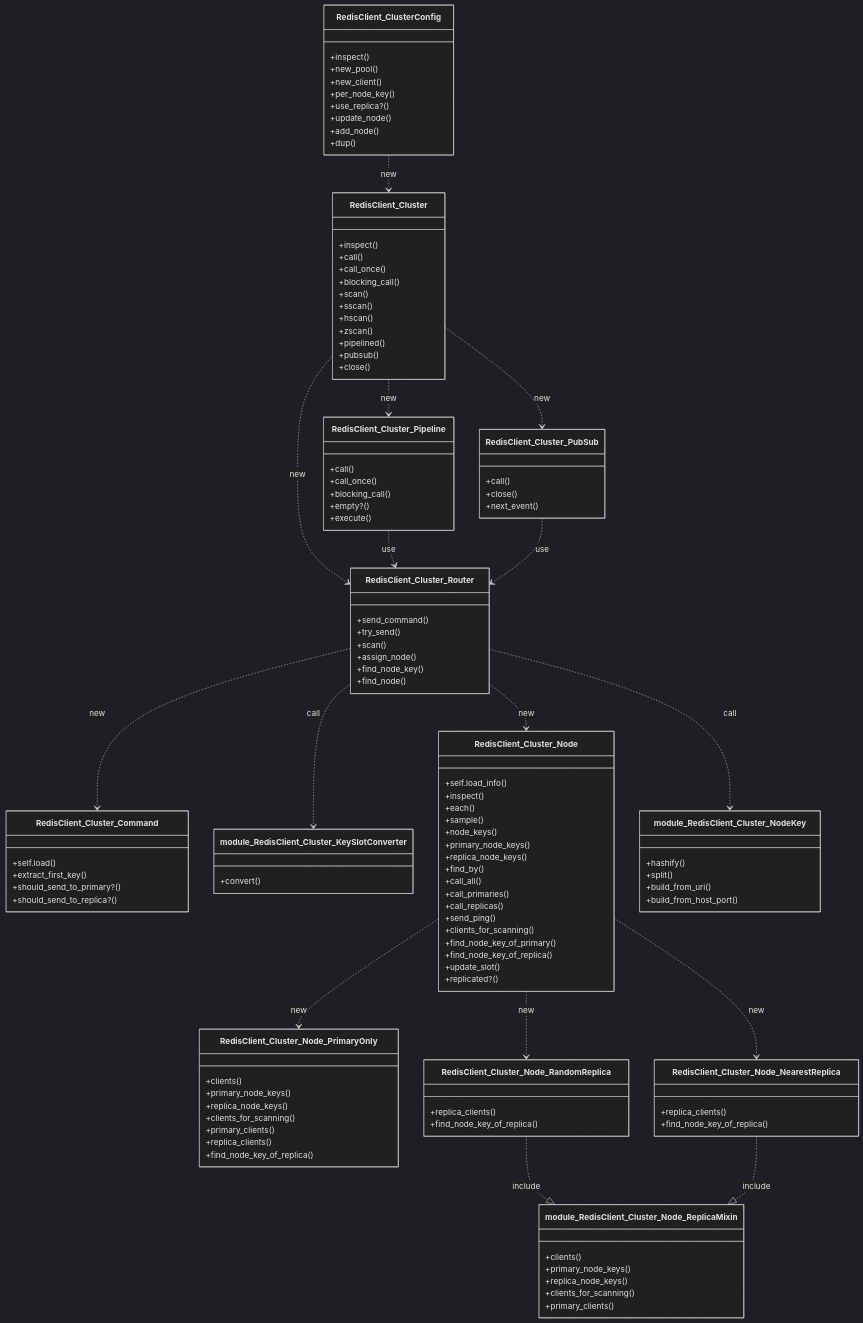
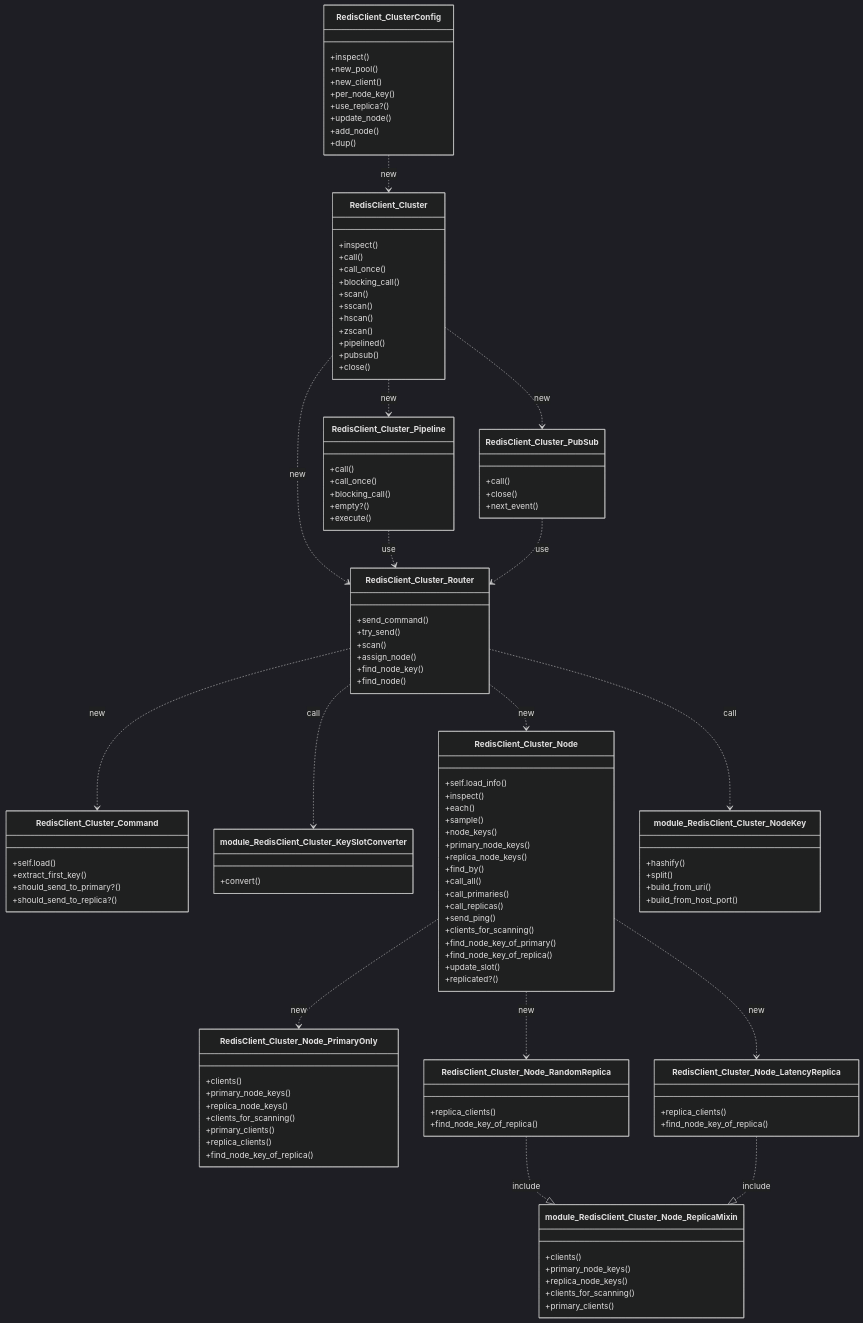
Before and after one commit to redis-rb/redis-cluster-client: the diagram in docs/class_diagrams_redis_cluster_client.md, drawn with Mermaid (dark theme). The commit also changed 7 other files, not shown here.

````diff
--- a/docs/class_diagrams_redis_cluster_client.md
+++ b/docs/class_diagrams_redis_cluster_client.md
@@ -73,7 +73,7 @@
     +find_node_key_of_replica()
   }
 
-  class RedisClient_Cluster_Node_NearestReplica {
+  class RedisClient_Cluster_Node_LatencyReplica {
     +replica_clients()
     +find_node_key_of_replica()
   }
@@ -131,8 +131,8 @@
   RedisClient_Cluster_Router ..> module_RedisClient_Cluster_NodeKey : call
 
   RedisClient_Cluster_Node_RandomReplica ..|> module_RedisClient_Cluster_Node_ReplicaMixin : include
-  RedisClient_Cluster_Node_NearestReplica ..|> module_RedisClient_Cluster_Node_ReplicaMixin : include
+  RedisClient_Cluster_Node_LatencyReplica ..|> module_RedisClient_Cluster_Node_ReplicaMixin : include
   RedisClient_Cluster_Node ..> RedisClient_Cluster_Node_PrimaryOnly : new
   RedisClient_Cluster_Node ..> RedisClient_Cluster_Node_RandomReplica : new
-  RedisClient_Cluster_Node ..> RedisClient_Cluster_Node_NearestReplica : new
+  RedisClient_Cluster_Node ..> RedisClient_Cluster_Node_LatencyReplica : new
 ```
````
